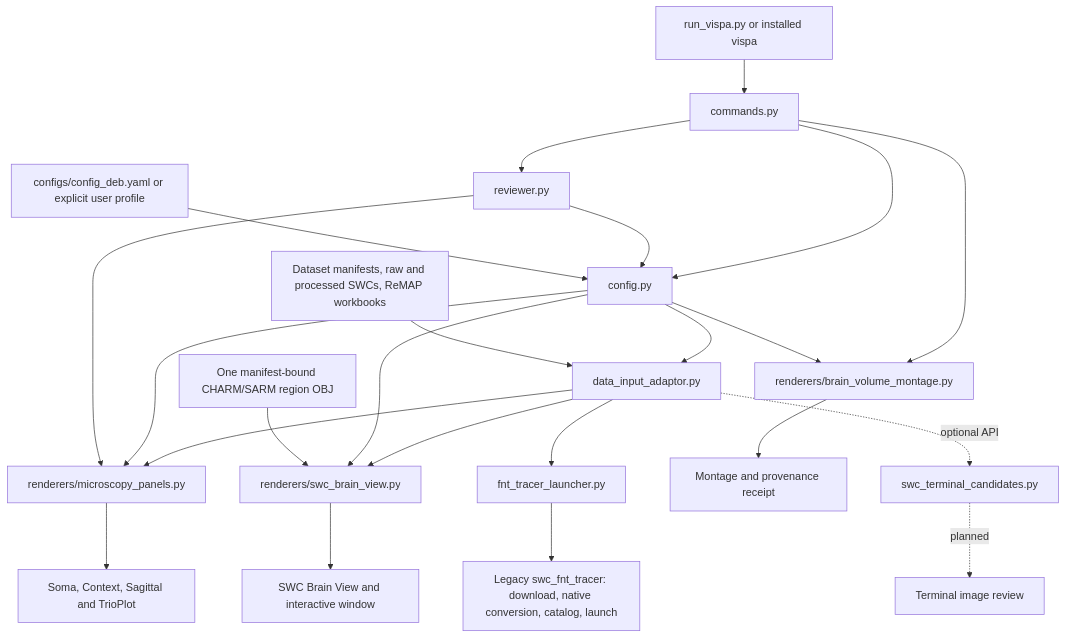
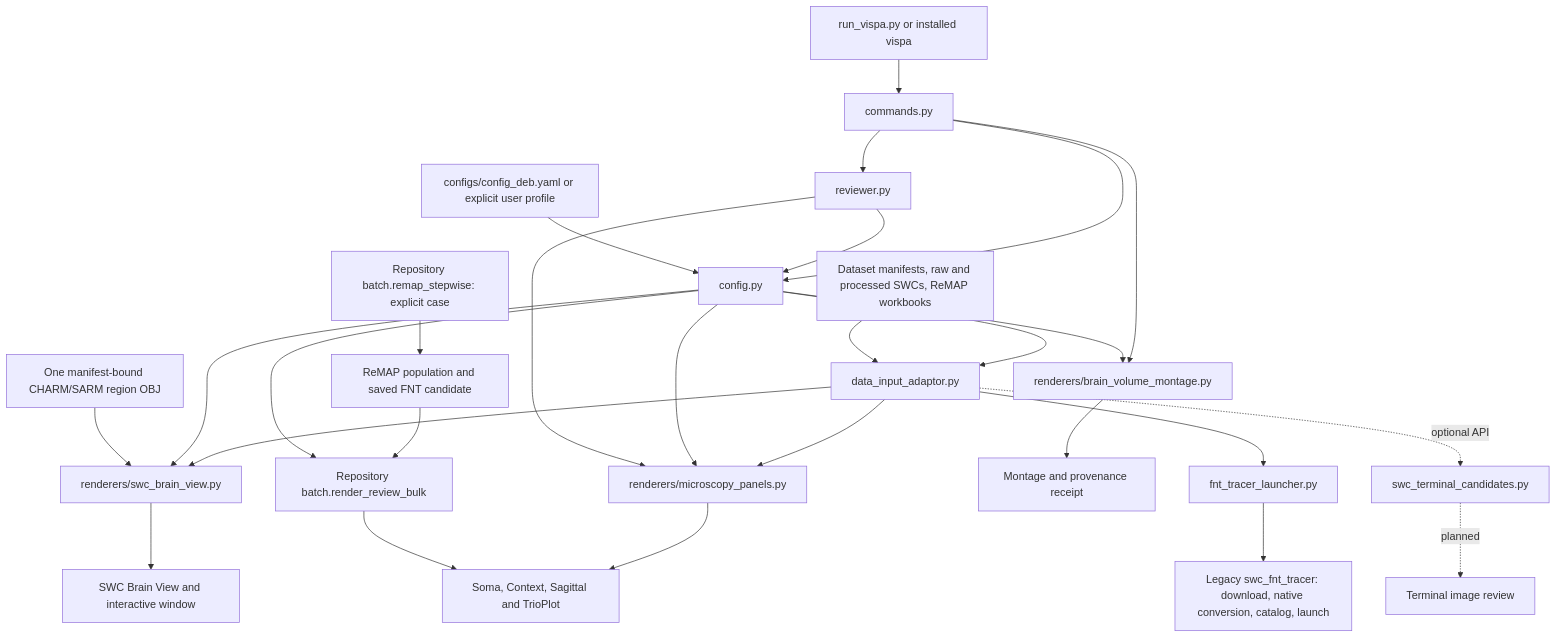
One commit to bylaikaby/VisPa changed the first of 5 diagrams in README.md. Above: the diagram before and after it, drawn with Mermaid. The commit also changed other lines of this file and 8 other files, not shown here.

Commit message:
Integrate PC2 review fixes and restore guarded ReMAP batch bridge

````diff
--- a/README.md
+++ b/README.md
@@ -38,25 +42,29 @@
 ```mermaid
 flowchart TD
   A[run_vispa.py or installed vispa] --> C[commands.py]
   C --> G[reviewer.py]
   C --> K[config.py]
   G --> K
   Y[configs/config_deb.yaml or explicit user profile] --> K
   K --> D[data_input_adaptor.py]
   I[Dataset manifests, raw and processed SWCs, ReMAP workbooks] --> D
   D --> P[renderers/microscopy_panels.py]
   K --> P
   G --> P
   P --> O[Soma, Context, Sagittal and TrioPlot]
   D --> B[renderers/swc_brain_view.py]
   K --> B
   U[One manifest-bound CHARM/SARM region OBJ] --> B
   B --> V[SWC Brain View and interactive window]
   D --> F[fnt_tracer_launcher.py]
   F --> N[Legacy swc_fnt_tracer: download, native conversion, catalog, launch]
   C --> M[renderers/brain_volume_montage.py]
   K --> M
   M --> Q[Montage and provenance receipt]
   D -. optional API .-> T[swc_terminal_candidates.py]
-  T -. planned .-> R[Terminal image review]
+  R[Repository batch.remap_stepwise: explicit case] --> S[ReMAP population and saved FNT candidate]
+  S --> W[Repository batch.render_review_bulk]
+  K --> W
+  W --> O
+  T -. planned .-> TR[Terminal image review]
 ```
````
